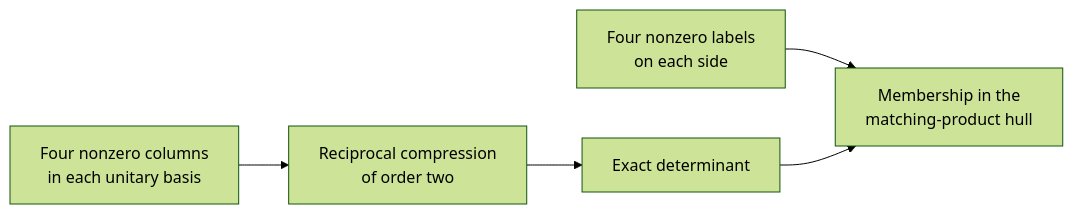
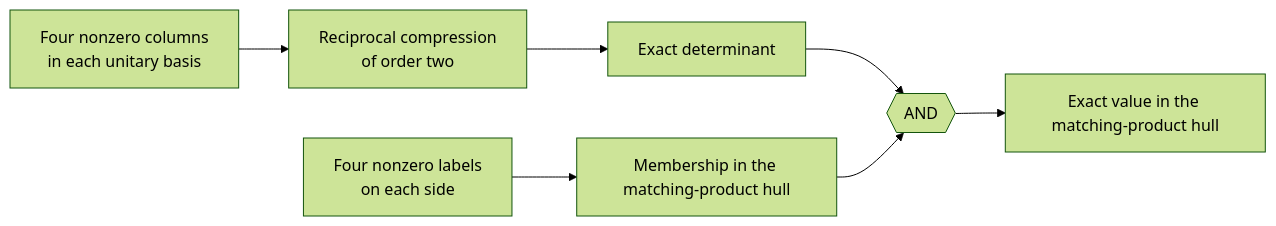
One commit to ascendnoosphere/MOC changed the diagram in Docs/six-dimensional-rank-two-overlap-proof-map.md. Above: the diagram before and after it, drawn with Mermaid (forest theme). The commit also changed other lines of this file and 148 other files, not shown here.

````diff
--- a/Docs/six-dimensional-rank-two-overlap-proof-map.md
+++ b/Docs/six-dimensional-rank-two-overlap-proof-map.md
@@ -14,12 +14,16 @@
 ```mermaid
 flowchart LR
     Frames["Four nonzero columns<br/>in each unitary basis"]
     Ranks["Four nonzero labels<br/>on each side"]
     Compression["Reciprocal compression<br/>of order two"]
     Exact["Exact determinant"]
-    Hull["Membership in the<br/>matching-product hull"]
+    Hull["Membership in the matching-product hull"]
+    Both{{"AND"}}
+    Value["Exact value in the matching-product hull"]
     Frames --> Compression
     Compression --> Exact
     Ranks --> Hull
-    Exact --> Hull
+    Exact --> Both
+    Hull --> Both
+    Both --> Value
 ```
````
